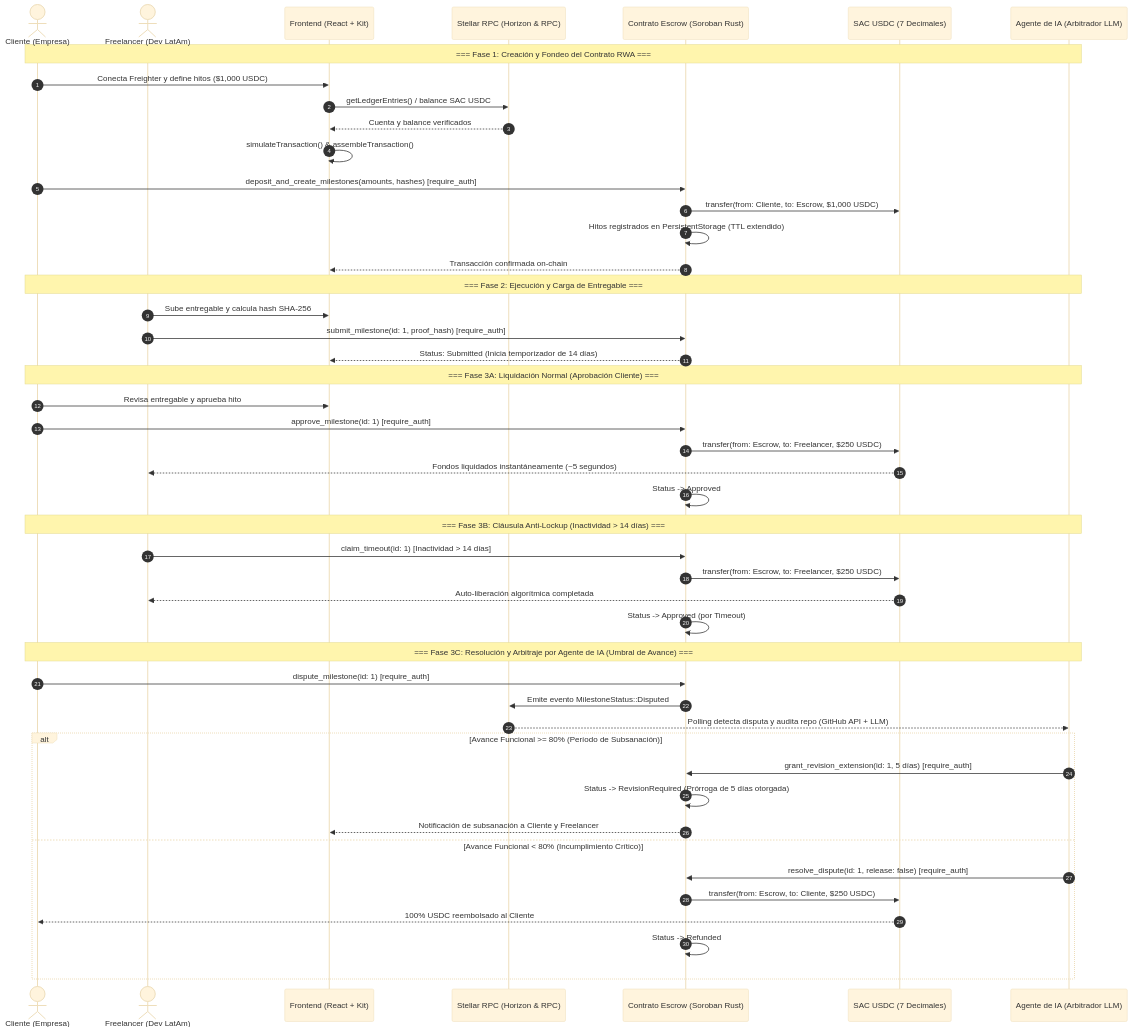
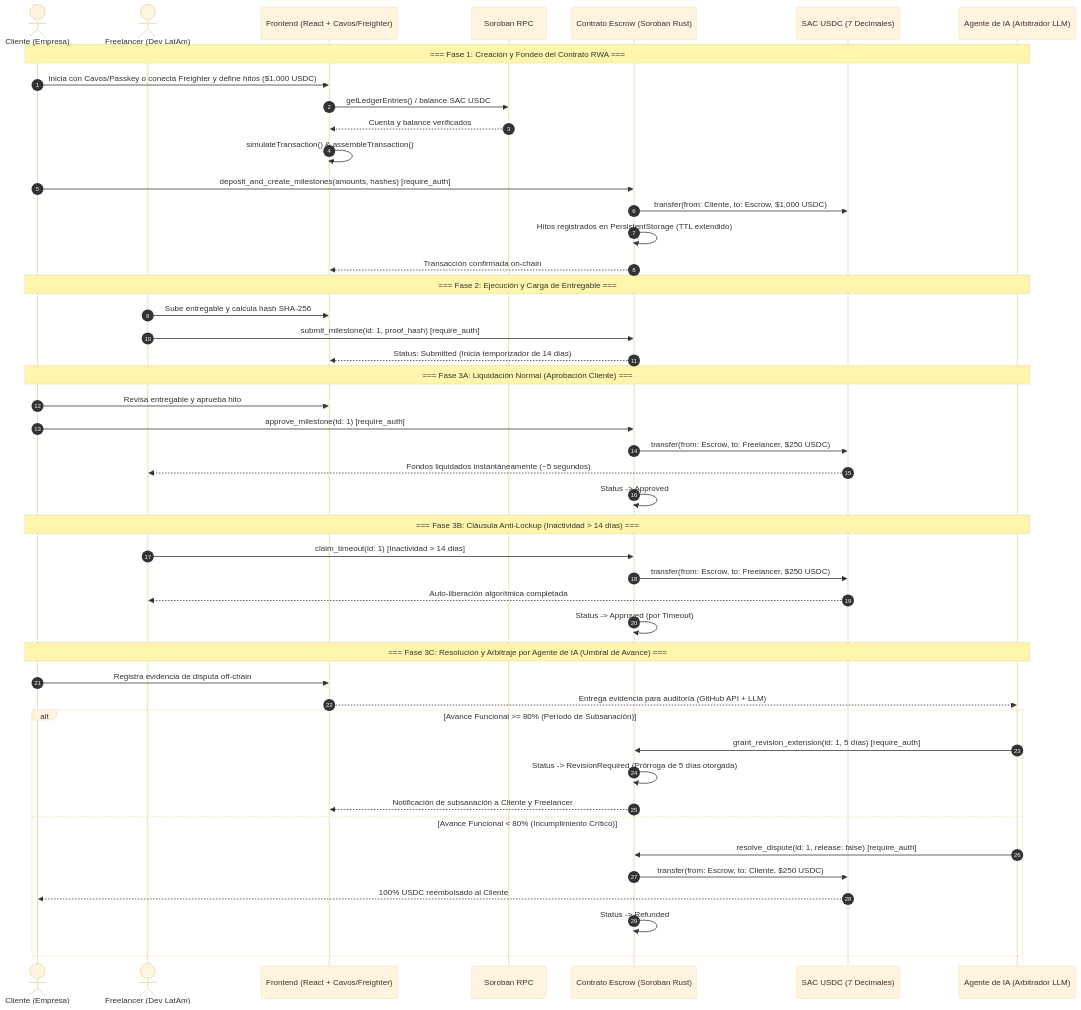
The second of 3 diagrams in docs/architecture.md (elizacl/AgreedPay), drawn with Mermaid (base theme) before and after one commit. The commit also changed other lines of this file and 4 other files, not shown here.

Commit message:
docs: document Cavos and Soroban integration

````diff
--- a/docs/architecture.md
+++ b/docs/architecture.md
@@ -127,60 +133,59 @@
 ```mermaid
 sequenceDiagram
     autonumber
     actor Cliente as Cliente (Empresa)
     actor Freelancer as Freelancer (Dev LatAm)
-    participant Front as Frontend (React + Kit)
-    participant RPC as Stellar RPC (Horizon & RPC)
+    participant Front as Frontend (React + Cavos/Freighter)
+    participant RPC as Soroban RPC
     participant Escrow as Contrato Escrow (Soroban Rust)
     participant SAC as SAC USDC (7 Decimales)
     participant IA as Agente de IA (Arbitrador LLM)
 
     %% FASE 1: CREACIÓN Y FONDEO
     Note over Cliente, IA: === Fase 1: Creación y Fondeo del Contrato RWA ===
-    Cliente->>Front: Conecta Freighter y define hitos ($1,000 USDC)
+    Cliente->>Front: Inicia con Cavos/Passkey o conecta Freighter y define hitos ($1,000 USDC)
     Front->>RPC: getLedgerEntries() / balance SAC USDC
     RPC-->>Front: Cuenta y balance verificados
     Front->>Front: simulateTransaction() & assembleTransaction()
     Cliente->>Escrow: deposit_and_create_milestones(amounts, hashes) [require_auth]
     Escrow->>SAC: transfer(from: Cliente, to: Escrow, $1,000 USDC)
     Escrow->>Escrow: Hitos registrados en PersistentStorage (TTL extendido)
     Escrow-->>Front: Transacción confirmada on-chain
 
     %% FASE 2: EJECUCIÓN Y CARGA
     Note over Cliente, IA: === Fase 2: Ejecución y Carga de Entregable ===
     Freelancer->>Front: Sube entregable y calcula hash SHA-256
     Freelancer->>Escrow: submit_milestone(id: 1, proof_hash) [require_auth]
     Escrow-->>Front: Status: Submitted (Inicia temporizador de 14 días)
 
     %% FASE 3A: LIQUIDACIÓN NORMAL
     Note over Cliente, IA: === Fase 3A: Liquidación Normal (Aprobación Cliente) ===
     Cliente->>Front: Revisa entregable y aprueba hito
     Cliente->>Escrow: approve_milestone(id: 1) [require_auth]
     Escrow->>SAC: transfer(from: Escrow, to: Freelancer, $250 USDC)
     SAC-->>Freelancer: Fondos liquidados instantáneamente (~5 segundos)
     Escrow->>Escrow: Status -> Approved
 
     %% FASE 3B: CLÁUSULA ANTI-LOCKUP
     Note over Cliente, IA: === Fase 3B: Cláusula Anti-Lockup (Inactividad > 14 días) ===
     Freelancer->>Escrow: claim_timeout(id: 1) [Inactividad > 14 días]
     Escrow->>SAC: transfer(from: Escrow, to: Freelancer, $250 USDC)
     SAC-->>Freelancer: Auto-liberación algorítmica completada
     Escrow->>Escrow: Status -> Approved (por Timeout)
 
     %% FASE 3C: ARBITRAJE IA
     Note over Cliente, IA: === Fase 3C: Resolución y Arbitraje por Agente de IA (Umbral de Avance) ===
-    Cliente->>Escrow: dispute_milestone(id: 1) [require_auth]
-    Escrow->>RPC: Emite evento MilestoneStatus::Disputed
-    RPC-->>IA: Polling detecta disputa y audita repo (GitHub API + LLM)
+    Cliente->>Front: Registra evidencia de disputa off-chain
+    Front-->>IA: Entrega evidencia para auditoría (GitHub API + LLM)
     
     alt Avance Funcional >= 80% (Período de Subsanación)
         IA->>Escrow: grant_revision_extension(id: 1, 5 días) [require_auth]
         Escrow->>Escrow: Status -> RevisionRequired (Prórroga de 5 días otorgada)
         Escrow-->>Front: Notificación de subsanación a Cliente y Freelancer
     else Avance Funcional < 80% (Incumplimiento Crítico)
         IA->>Escrow: resolve_dispute(id: 1, release: false) [require_auth]
         Escrow->>SAC: transfer(from: Escrow, to: Cliente, $250 USDC)
         SAC-->>Cliente: 100% USDC reembolsado al Cliente
         Escrow->>Escrow: Status -> Refunded
     end
 ```
````
